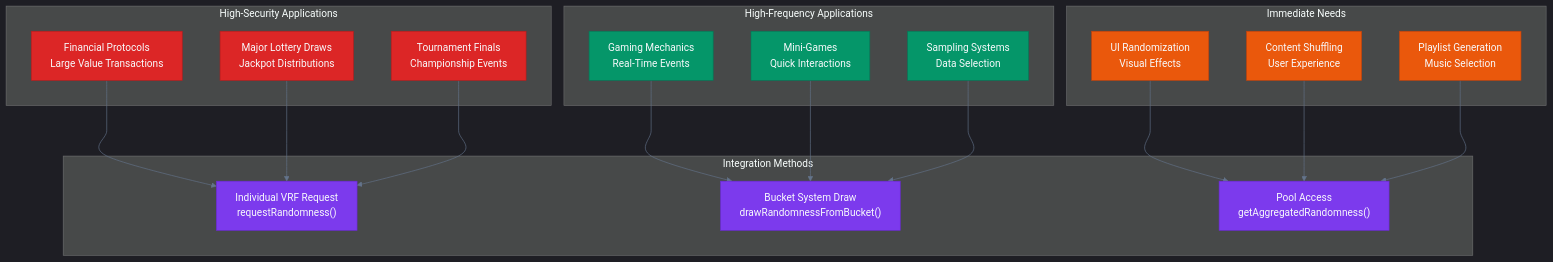
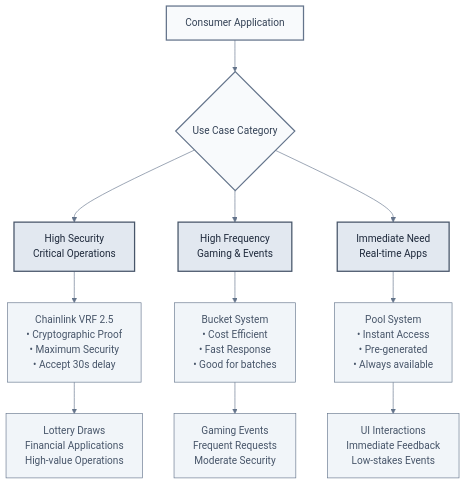
Before and after one commit to wenakita/sonicreddragon-docs: the fourth of 7 diagrams in docs/contracts/randomness/overview.md, drawn with Mermaid. The commit also changed other lines of this file and 3 other files, not shown here.

````diff
--- a/docs/contracts/randomness/overview.md
+++ b/docs/contracts/randomness/overview.md
@@ -233,61 +204,41 @@
 ```mermaid
 %%{init: {
-  'theme': 'dark',
+  'theme': 'base',
   'themeVariables': {
-    'primaryColor': '#1e40af',
-    'primaryTextColor': '#f8fafc',
-    'lineColor': '#64748b'
-  },
-  'flowchart': {
-    'curve': 'cardinal',
-    'nodeSpacing': 60,
-    'rankSpacing': 80
+    'primaryColor': '#f8fafc',
+    'primaryTextColor': '#334155',
+    'primaryBorderColor': '#64748b',
+    'lineColor': '#64748b',
+    'secondaryColor': '#f1f5f9',
+    'tertiaryColor': '#e2e8f0'
   }
 }}%%
-graph TB
-    subgraph "High-Security Applications"
-        HS1["Financial Protocols<br/>Large Value Transactions"]
-        HS2["Major Lottery Draws<br/>Jackpot Distributions"]
-        HS3["Tournament Finals<br/>Championship Events"]
-    end
+
+flowchart TD
+    A[Consumer Application] --> B{Use Case Category}
     
-    subgraph "High-Frequency Applications"
-        HF1["Gaming Mechanics<br/>Real-Time Events"]
-        HF2["Mini-Games<br/>Quick Interactions"]
-        HF3["Sampling Systems<br/>Data Selection"]
-    end
+    B --> C[High Security<br/>Critical Operations]
+    B --> D[High Frequency<br/>Gaming & Events]
+    B --> E[Immediate Need<br/>Real-time Apps]
     
-    subgraph "Immediate Needs"
-        IN1["UI Randomization<br/>Visual Effects"]
-        IN2["Content Shuffling<br/>User Experience"]
-        IN3["Playlist Generation<br/>Music Selection"]
-    end
+    C --> F[Chainlink VRF 2.5<br/>• Cryptographic Proof<br/>• Maximum Security<br/>• Accept 30s delay]
     
-    subgraph "Integration Methods"
-        M1["Individual VRF Request<br/>requestRandomness()"]
-        M2["Bucket System Draw<br/>drawRandomnessFromBucket()"]
-        M3["Pool Access<br/>getAggregatedRandomness()"]
-    end
+    D --> G[Bucket System<br/>• Cost Efficient<br/>• Fast Response<br/>• Good for batches]
     
-    HS1 --> M1
-    HS2 --> M1
-    HS3 --> M1
+    E --> H[Pool System<br/>• Instant Access<br/>• Pre-generated<br/>• Always available]
     
-    HF1 --> M2
-    HF2 --> M2
-    HF3 --> M2
+    F --> I[Lottery Draws<br/>Financial Applications<br/>High-value Operations]
     
-    IN1 --> M3
-    IN2 --> M3
-    IN3 --> M3
+    G --> J[Gaming Events<br/>Frequent Requests<br/>Moderate Security]
     
-    classDef highSec fill:#dc2626,stroke:#b91c1c,color:#f8fafc
-    classDef highFreq fill:#059669,stroke:#047857,color:#f8fafc
-    classDef immediate fill:#ea580c,stroke:#c2410c,color:#f8fafc
-    classDef method fill:#7c3aed,stroke:#6d28d9,color:#f8fafc
+    H --> K[UI Interactions<br/>Immediate Feedback<br/>Low-stakes Events]
+
+    classDef default fill:#f8fafc,stroke:#64748b,stroke-width:2px,color:#334155
+    classDef category fill:#e2e8f0,stroke:#475569,stroke-width:2px,color:#1e293b
+    classDef method fill:#f1f5f9,stroke:#64748b,stroke-width:1px,color:#475569
+    classDef application fill:#f1f5f9,stroke:#64748b,stroke-width:1px,color:#475569
     
-    class HS1,HS2,HS3 highSec
-    class HF1,HF2,HF3 highFreq
-    class IN1,IN2,IN3 immediate
-    class M1,M2,M3 method
+    class C,D,E category
+    class F,G,H method
+    class I,J,K application
 ```
````
